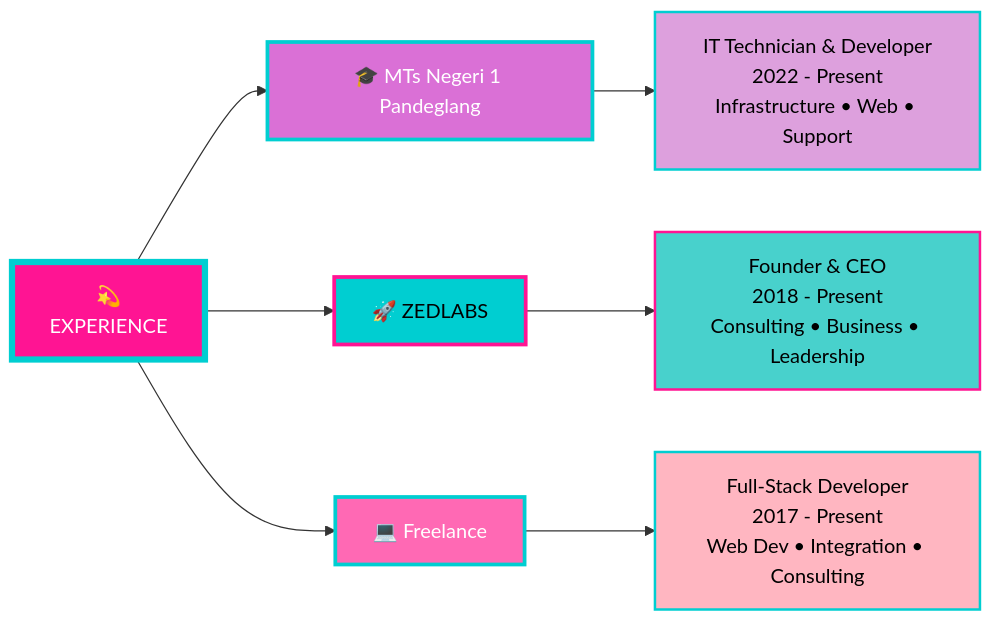
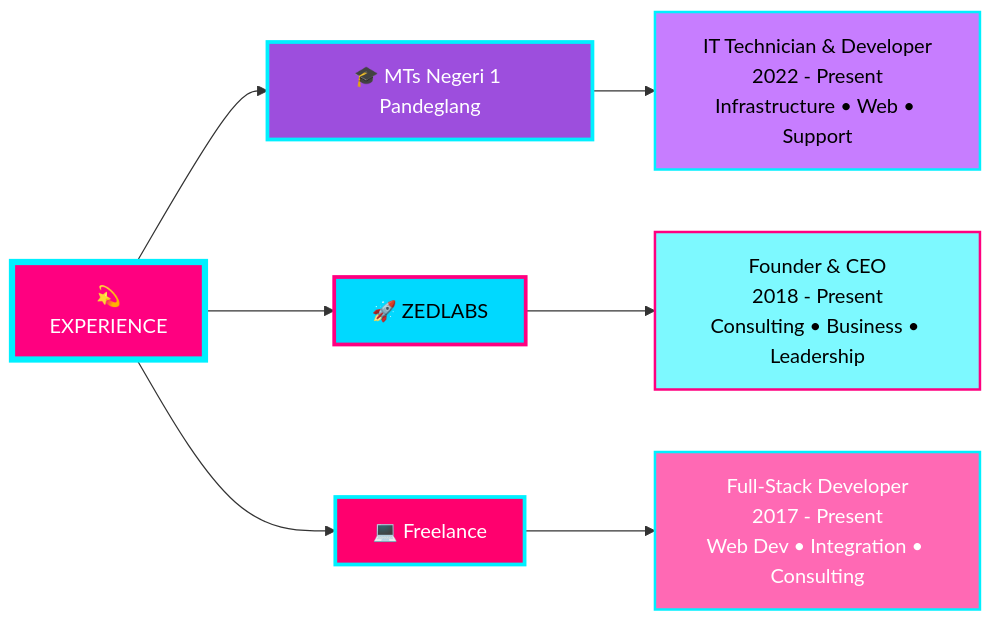
One commit to zulfikriyahya/zulfikriyahya changed the first of 2 diagrams in README.mdx. Above: the diagram before and after it, drawn with Mermaid. The commit also changed other lines of this file, not shown here.

````diff
--- a/README.mdx
+++ b/README.mdx
@@ -141,29 +141,29 @@
 ```mermaid
 graph LR
     START["💫<br/>EXPERIENCE"]
 
     A["🎓 MTs Negeri 1 Pandeglang"]
     A1["IT Technician & Developer<br/>2022 - Present<br/>Infrastructure • Web • Support"]
 
     B["🚀 ZEDLABS"]
     B1["Founder & CEO<br/>2018 - Present<br/>Consulting • Business • Leadership"]
 
     C["💻 Freelance"]
     C1["Full-Stack Developer<br/>2017 - Present<br/>Web Dev • Integration • Consulting"]
 
     START --> A
     START --> B
     START --> C
 
     A --> A1
     B --> B1
     C --> C1
 
-    style START fill:#FF1493,stroke:#00CED1,stroke-width:5px,color:#fff
-    style A fill:#DA70D6,stroke:#00CED1,stroke-width:3px,color:#fff
-    style B fill:#00CED1,stroke:#FF1493,stroke-width:3px,color:#000
-    style C fill:#FF69B4,stroke:#00CED1,stroke-width:3px,color:#fff
-    style A1 fill:#DDA0DD,stroke:#00CED1,stroke-width:2px,color:#000
-    style B1 fill:#48D1CC,stroke:#FF1493,stroke-width:2px,color:#000
-    style C1 fill:#FFB6C1,stroke:#00CED1,stroke-width:2px,color:#000
+    style START fill:#FF0080,stroke:#00F0FF,stroke-width:5px,color:#fff
+    style A fill:#9D4EDD,stroke:#00F0FF,stroke-width:3px,color:#fff
+    style B fill:#00D9FF,stroke:#FF0080,stroke-width:3px,color:#000
+    style C fill:#FF006E,stroke:#00F0FF,stroke-width:3px,color:#fff
+    style A1 fill:#C77DFF,stroke:#00F0FF,stroke-width:2px,color:#000
+    style B1 fill:#7DF9FF,stroke:#FF0080,stroke-width:2px,color:#000
+    style C1 fill:#FF69B4,stroke:#00F0FF,stroke-width:2px,color:#fff
 ```
````
